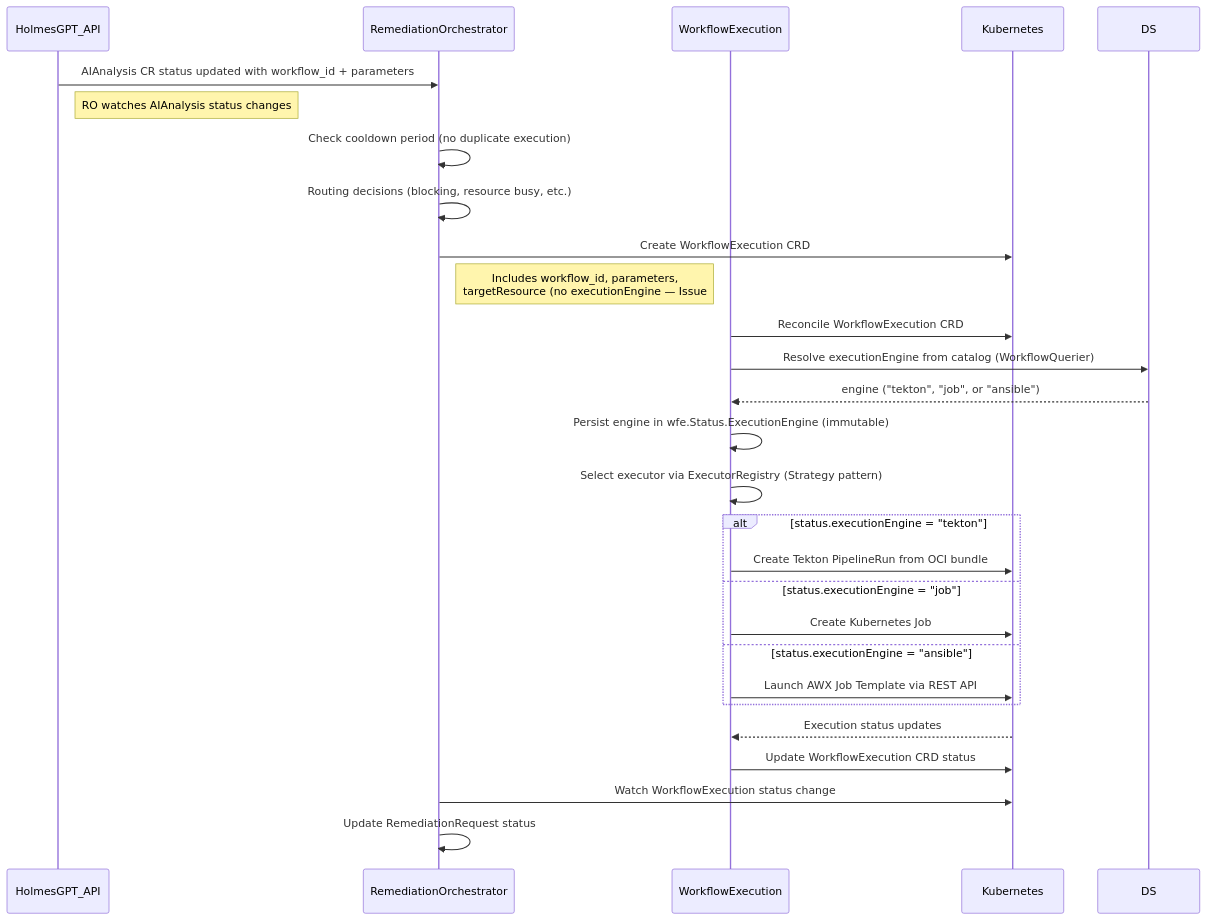
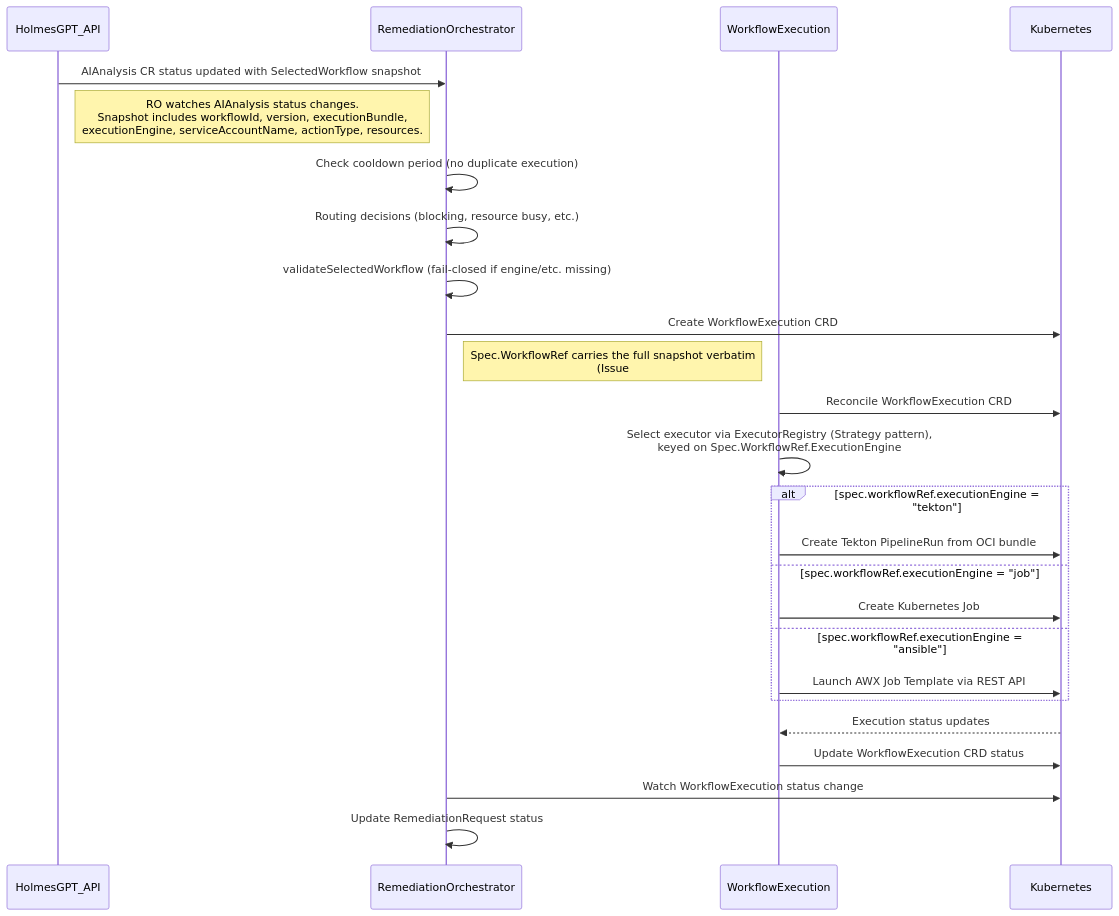
The fourth of 10 diagrams in docs/architecture/decisions/DD-WORKFLOW-017-workflow-lifecycle-component-interactions.md (jordigilh/kubernaut), drawn with Mermaid before and after one commit. The commit also changed other lines of this file and 3 other files, not shown here.

First line of the commit message:
docs(workflowexecution): sync DD-WORKFLOW-017/DD-WE-008/BR-WE-014/BR-ORCH-045 with Spec-based execution snapshot (#1661 Change 11f)

````diff
--- a/docs/architecture/decisions/DD-WORKFLOW-017-workflow-lifecycle-component-interactions.md
+++ b/docs/architecture/decisions/DD-WORKFLOW-017-workflow-lifecycle-component-interactions.md
@@ -410,35 +426,33 @@
 ```mermaid
 sequenceDiagram
     participant HAPI as HolmesGPT_API
     participant RO as RemediationOrchestrator
     participant WE as WorkflowExecution
     participant K8s as Kubernetes
 
-    HAPI->>RO: AIAnalysis CR status updated with workflow_id + parameters
-    Note right of HAPI: RO watches AIAnalysis status changes
+    HAPI->>RO: AIAnalysis CR status updated with SelectedWorkflow snapshot
+    Note right of HAPI: RO watches AIAnalysis status changes.<br/>Snapshot includes workflowId, version, executionBundle,<br/>executionEngine, serviceAccountName, actionType, resources.
 
     RO->>RO: Check cooldown period (no duplicate execution)
     RO->>RO: Routing decisions (blocking, resource busy, etc.)
+    RO->>RO: validateSelectedWorkflow (fail-closed if engine/etc. missing)
     RO->>K8s: Create WorkflowExecution CRD
-    Note right of RO: Includes workflow_id, parameters,<br/>targetResource (no executionEngine — Issue #518)
+    Note right of RO: Spec.WorkflowRef carries the full snapshot verbatim<br/>(Issue #1661 Changes 8/11f) — no WE-side resolution needed.
 
     WE->>K8s: Reconcile WorkflowExecution CRD
-    WE->>DS: Resolve executionEngine from catalog (WorkflowQuerier)
-    DS-->>WE: engine ("tekton", "job", or "ansible")
-    WE->>WE: Persist engine in wfe.Status.ExecutionEngine (immutable)
-    WE->>WE: Select executor via ExecutorRegistry (Strategy pattern)
+    WE->>WE: Select executor via ExecutorRegistry (Strategy pattern),<br/>keyed on Spec.WorkflowRef.ExecutionEngine
 
-    alt status.executionEngine = "tekton"
+    alt spec.workflowRef.executionEngine = "tekton"
         WE->>K8s: Create Tekton PipelineRun from OCI bundle
-    else status.executionEngine = "job"
+    else spec.workflowRef.executionEngine = "job"
         WE->>K8s: Create Kubernetes Job
-    else status.executionEngine = "ansible"
+    else spec.workflowRef.executionEngine = "ansible"
         WE->>K8s: Launch AWX Job Template via REST API
     end
 
     K8s-->>WE: Execution status updates
     WE->>K8s: Update WorkflowExecution CRD status
 
     RO->>K8s: Watch WorkflowExecution status change
     RO->>RO: Update RemediationRequest status
 ```
````
